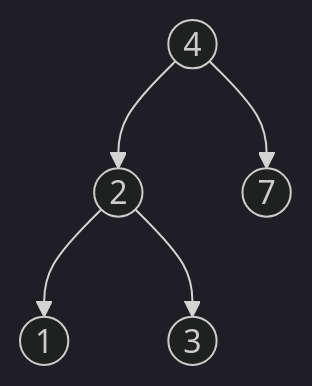
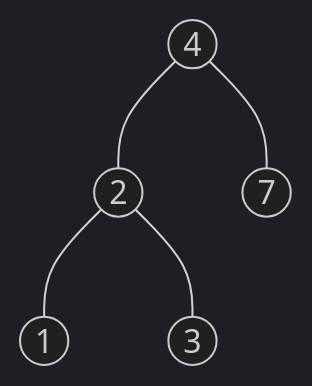
The diagram in docs/tree_bst.md (russhustle/leetpattern), drawn with Mermaid (dark theme) before and after one commit. The commit also changed 6 other files, not shown here.

````diff
--- a/docs/tree_bst.md
+++ b/docs/tree_bst.md
@@ -12,7 +12,7 @@
 ```mermaid
 graph TD
-4((4)) --> 2((2))
-4 --> 7((7))
-2 --> 1((1))
-2 --> 3((3))
+4((4)) --- 2((2))
+4 --- 7((7))
+2 --- 1((1))
+2 --- 3((3))
 ```
````
